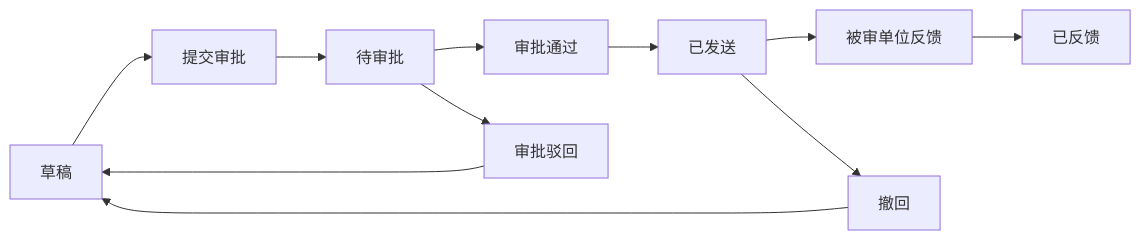
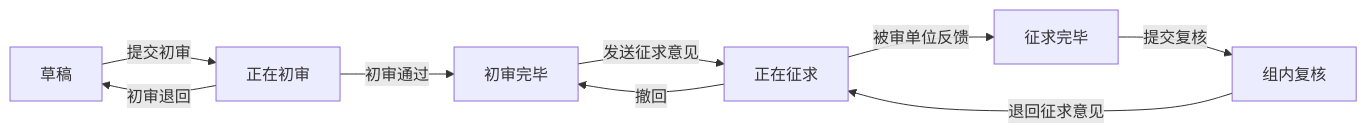
Before and after one commit to loengchiu/ShitPM2: the fourth of 7 diagrams in test-fixture/output/prd/prd.md, drawn with Mermaid. The commit also changed other lines of this file and 19 other files, not shown here.

````diff
--- a/test-fixture/output/prd/prd.md
+++ b/test-fixture/output/prd/prd.md
@@ -825,13 +461,11 @@
 ```mermaid
 flowchart LR
-    A[草稿] --> B[提交审批]
-    B --> C[待审批]
-    C --> D[审批通过]
-    C --> E[审批驳回]
-    D --> F[已发送]
-    F --> G[被审单位反馈]
-    F --> H[撤回]
-    G --> I[已反馈]
-    E --> A
-    H --> A
+    A[草稿] -->|提交初审| B[正在初审]
+    B -->|初审通过| C[初审完毕]
+    B -->|初审退回| A
+    C -->|发送征求意见| D[正在征求]
+    D -->|被审单位反馈| E[征求完毕]
+    D -->|撤回| C
+    E -->|提交复核| F[组内复核]
+    F -->|退回征求意见| D
 ```
````
